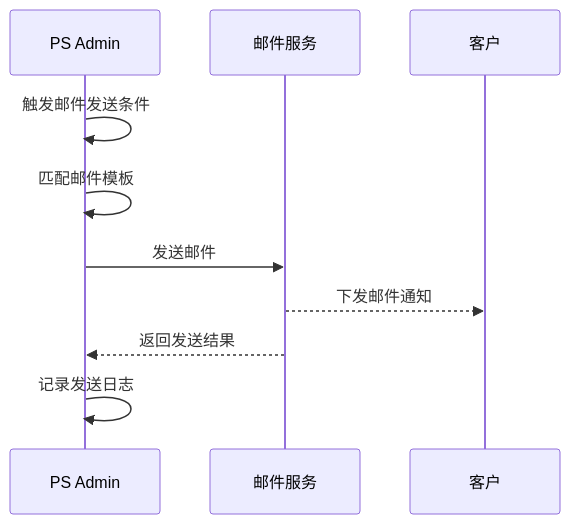
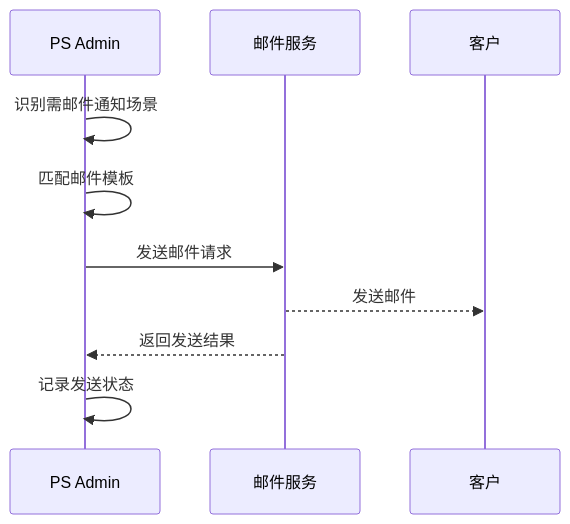
Diagram 33 of 33 in 文档/GM系统需求说明.md (guguohai/gmps), drawn with Mermaid before and after one commit. The commit also changed other lines of this file and 2 other files, not shown here.

````diff
--- a/文档/GM系统需求说明.md
+++ b/文档/GM系统需求说明.md
@@ -1365,13 +1591,13 @@
 ```mermaid
 sequenceDiagram
-participant A as PS Admin
-participant E as 邮件服务
-participant U as 客户
+    participant A as PS Admin
+    participant E as 邮件服务
+    participant C as 客户
 
-A ->> A: 触发邮件发送条件
-A ->> A: 匹配邮件模板
-A ->> E: 发送邮件
-E -->> U: 下发邮件通知
-E -->> A: 返回发送结果
-A ->> A: 记录发送日志
+    A->>A: 识别需邮件通知场景
+    A->>A: 匹配邮件模板
+    A->>E: 发送邮件请求
+    E-->>C: 发送邮件
+    E-->>A: 返回发送结果
+    A->>A: 记录发送状态
 ```
````
